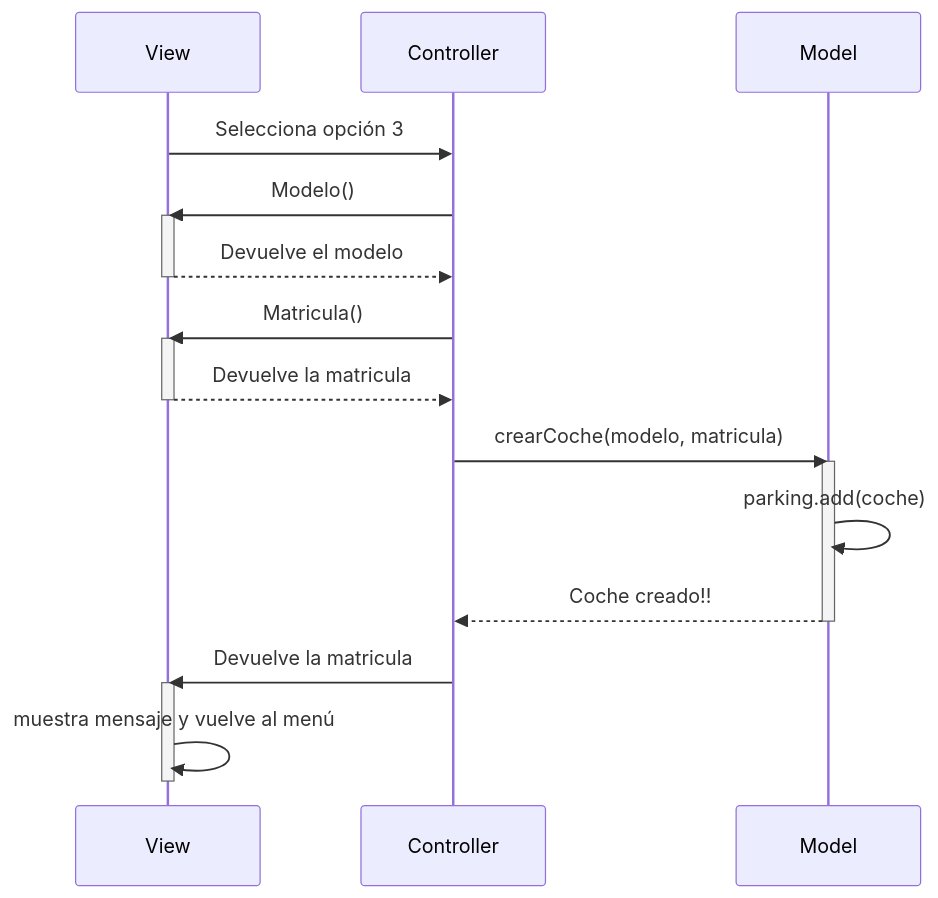
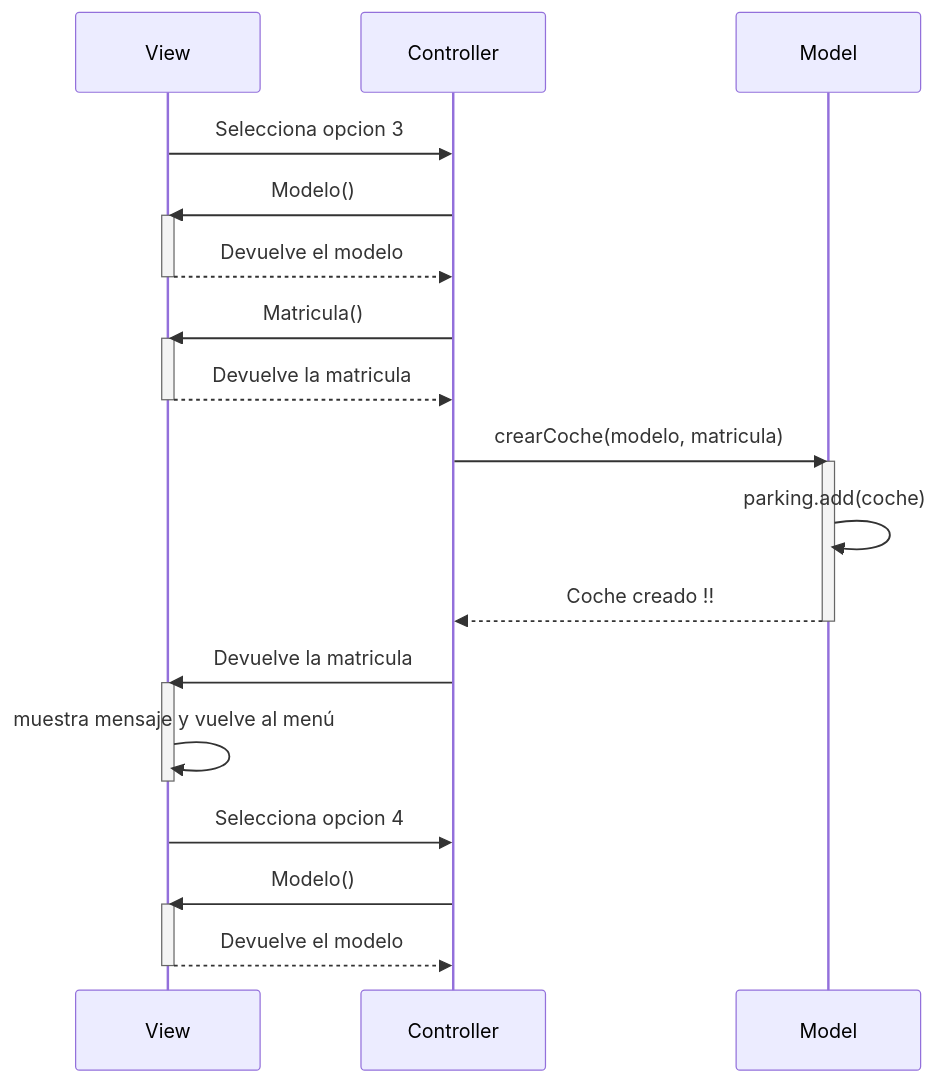
Before and after one commit to shermidagre/COD: the second of 2 diagrams in Readme.md, drawn with Mermaid.

Commit message:
empezamos a crear el listar los coches

````diff
--- a/Readme.md
+++ b/Readme.md
@@ -37,28 +37,36 @@
 ```mermaid
 sequenceDiagram
 participant View
 participant Controller
 participant Model
 
-    View->>Controller: Selecciona opción 3
+    View->>Controller: Selecciona opcion 3
     Controller->>View: Modelo()
     activate View
     View-->>Controller: Devuelve el modelo
     deactivate View
     
     Controller->>View: Matricula()
     activate View
     View-->>Controller: Devuelve la matricula
     deactivate View
     
     Controller->>Model: crearCoche(modelo, matricula)
     activate Model
     Model->>Model: parking.add(coche)
-    Model-->>Controller: Coche creado!!
+    Model-->>Controller: Coche creado !!
     deactivate Model
     
     Controller->>View: Devuelve la matricula
     activate View
     View->>View: muestra mensaje y vuelve al menú
     deactivate View
+    
+    View->>Controller: Selecciona opcion 4
+    Controller->>View: Modelo()
+    activate View
+    View-->>Controller: Devuelve el modelo
+    deactivate View
+    
+    
 ```
````
